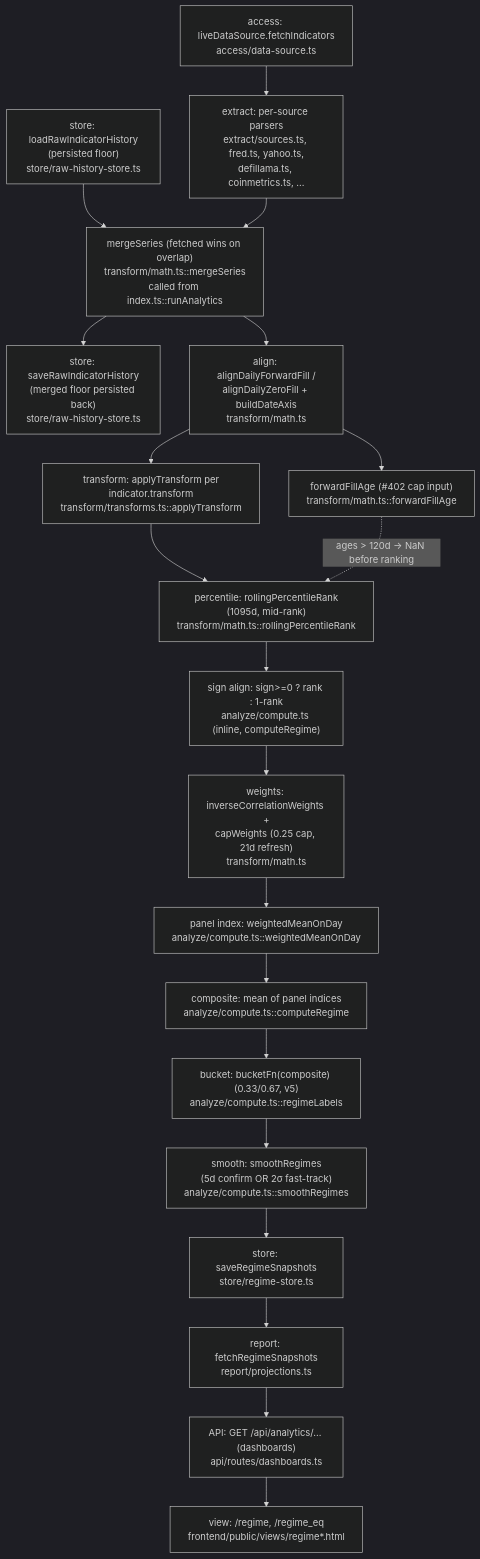
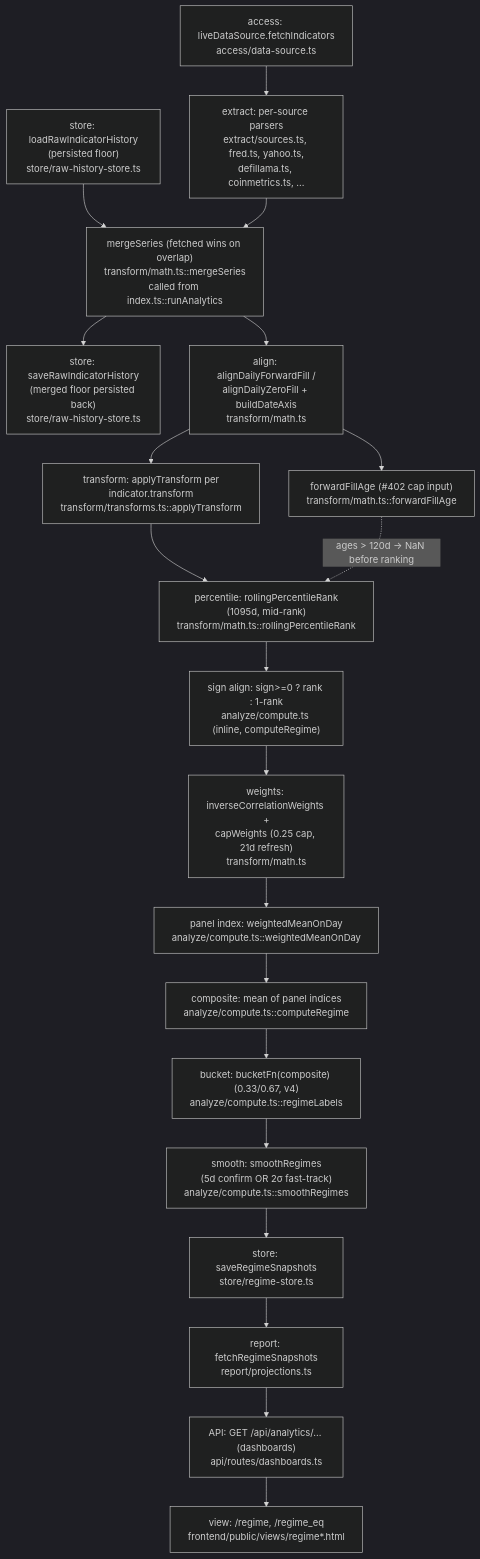
One commit to robotmoney/robotmoney-frontend changed the diagram in docs/technical/regime-engine.md. Above: the diagram before and after it, drawn with Mermaid (dark theme). The commit also changed other lines of this file and 26 other files, not shown here.

````diff
--- a/docs/technical/regime-engine.md
+++ b/docs/technical/regime-engine.md
@@ -344,22 +344,22 @@
 ```mermaid
 flowchart TD
     A["access: liveDataSource.fetchIndicators\naccess/data-source.ts"] --> B["extract: per-source parsers\nextract/sources.ts, fred.ts, yahoo.ts,\ndefillama.ts, coinmetrics.ts, ..."]
     F["store: loadRawIndicatorHistory\n(persisted floor)\nstore/raw-history-store.ts"] --> M
     B --> M["mergeSeries (fetched wins on overlap)\ntransform/math.ts::mergeSeries\ncalled from index.ts::runAnalytics"]
     M --> G["store: saveRawIndicatorHistory\n(merged floor persisted back)\nstore/raw-history-store.ts"]
     M --> H["align: alignDailyForwardFill /\nalignDailyZeroFill + buildDateAxis\ntransform/math.ts"]
     H --> I["transform: applyTransform per\nindicator.transform\ntransform/transforms.ts::applyTransform"]
     H --> AGE["forwardFillAge (#402 cap input)\ntransform/math.ts::forwardFillAge"]
     I --> J["percentile: rollingPercentileRank\n(1095d, mid-rank)\ntransform/math.ts::rollingPercentileRank"]
     AGE -. "ages > 120d -> NaN before ranking" .-> J
     J --> K["sign align: sign>=0 ? rank : 1-rank\nanalyze/compute.ts (inline, computeRegime)"]
     K --> L["weights: inverseCorrelationWeights +\ncapWeights (0.25 cap, 21d refresh)\ntransform/math.ts"]
     L --> N["panel index: weightedMeanOnDay\nanalyze/compute.ts::weightedMeanOnDay"]
     N --> O["composite: mean of panel indices\nanalyze/compute.ts::computeRegime"]
-    O --> P["bucket: bucketFn(composite) (0.33/0.67, v5)\nanalyze/compute.ts::regimeLabels"]
+    O --> P["bucket: bucketFn(composite) (0.33/0.67, v4)\nanalyze/compute.ts::regimeLabels"]
     P --> Q["smooth: smoothRegimes\n(5d confirm OR 2σ fast-track)\nanalyze/compute.ts::smoothRegimes"]
     Q --> R["store: saveRegimeSnapshots\nstore/regime-store.ts"]
     R --> S["report: fetchRegimeSnapshots\nreport/projections.ts"]
     S --> T["API: GET /api/analytics/... (dashboards)\napi/routes/dashboards.ts"]
     T --> U["view: /regime, /regime_eq\nfrontend/public/views/regime*.html"]
 ```
````
